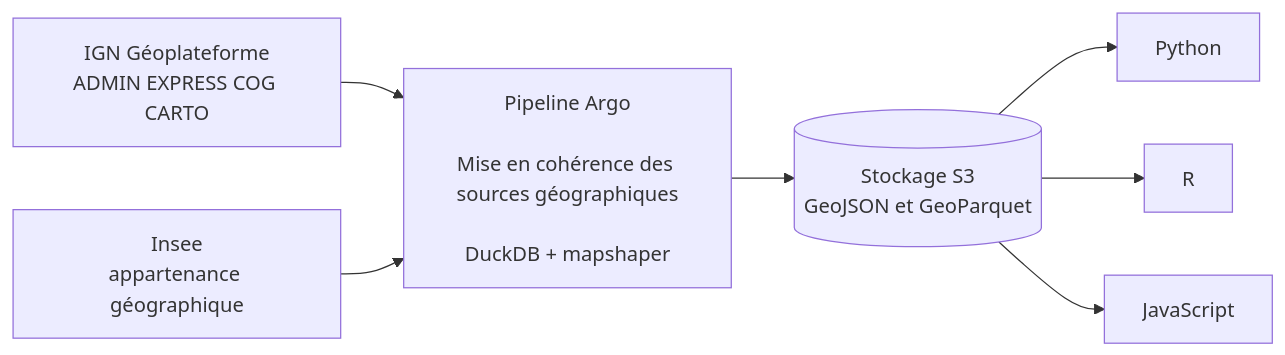
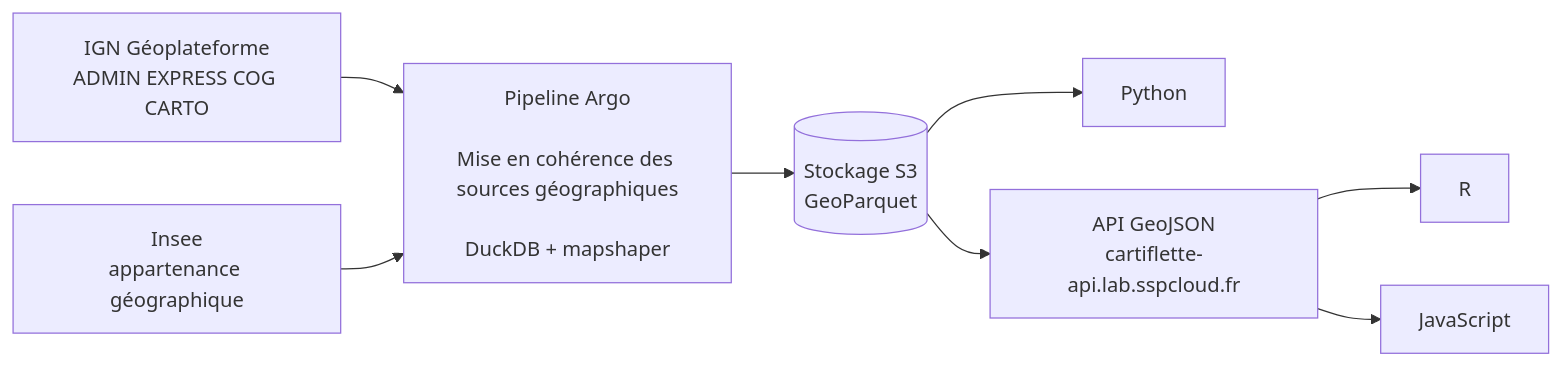
Before and after one commit to InseeFrLab/cartiflette: the diagram in README.md, drawn with Mermaid. The commit also changed 46 other files, not shown here.

First line of the commit message:
Uniquement un pipeline GeoParquet (v0.3.0) : GeoJSON exclusivement servi par l'API (#108)

````diff
--- a/README.md
+++ b/README.md
@@ -126,9 +126,10 @@
 ```mermaid
 flowchart LR
     IGN["IGN Géoplateforme<br/>ADMIN EXPRESS COG CARTO"] --> P
     INSEE["Insee<br/>appartenance géographique"] --> P
-    P["Pipeline Argo<br/><br/>Mise en cohérence des sources géographiques<br/><br/>DuckDB + mapshaper"] --> S3[("Stockage S3<br/>GeoJSON et GeoParquet")]
+    P["Pipeline Argo<br/><br/>Mise en cohérence des sources géographiques<br/><br/>DuckDB + mapshaper"] --> S3[("Stockage S3<br/>GeoParquet")]
     S3 --> PY["Python"]
-    S3 --> R["R"]
-    S3 --> JS["JavaScript"]
+    S3 --> API["API GeoJSON<br/>cartiflette-api.lab.sspcloud.fr"]
+    API --> R["R"]
+    API --> JS["JavaScript"]
 ```
````
